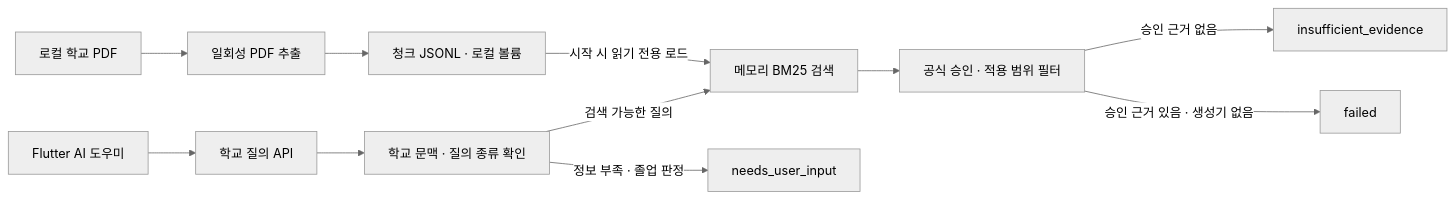
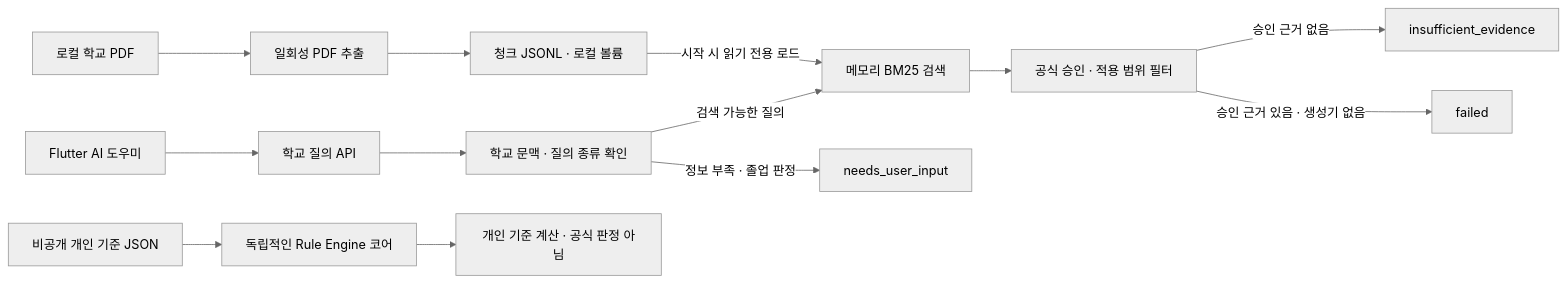
The first of 5 diagrams in docs/architecture-erd.md (product04231125/UNIPATH), drawn with Mermaid (neutral theme) before and after one commit. The commit also changed other lines of this file and 19 other files, not shown here.

Commit message:
feat(backend): add deterministic rule core and verified DB backups

````diff
--- a/docs/architecture-erd.md
+++ b/docs/architecture-erd.md
@@ -27,13 +31,15 @@
 ```mermaid
 flowchart LR
     Pdf[로컬 학교 PDF] --> Extract[일회성 PDF 추출]
     Extract --> Jsonl[청크 JSONL · 로컬 볼륨]
     Jsonl -->|시작 시 읽기 전용 로드| Index[메모리 BM25 검색]
     Client[Flutter AI 도우미] --> API[학교 질의 API]
     API --> Context[학교 문맥 · 질의 종류 확인]
     Context -->|검색 가능한 질의| Index
     Context -->|정보 부족 · 졸업 판정| Needs[needs_user_input]
     Index --> Approval[공식 승인 · 적용 범위 필터]
     Approval -->|승인 근거 없음| Missing[insufficient_evidence]
     Approval -->|승인 근거 있음 · 생성기 없음| Failed[failed]
+    PrivateJson[비공개 개인 기준 JSON] --> RuleCore[독립적인 Rule Engine 코어]
+    RuleCore --> PersonalResult[개인 기준 계산 · 공식 판정 아님]
 ```
````
